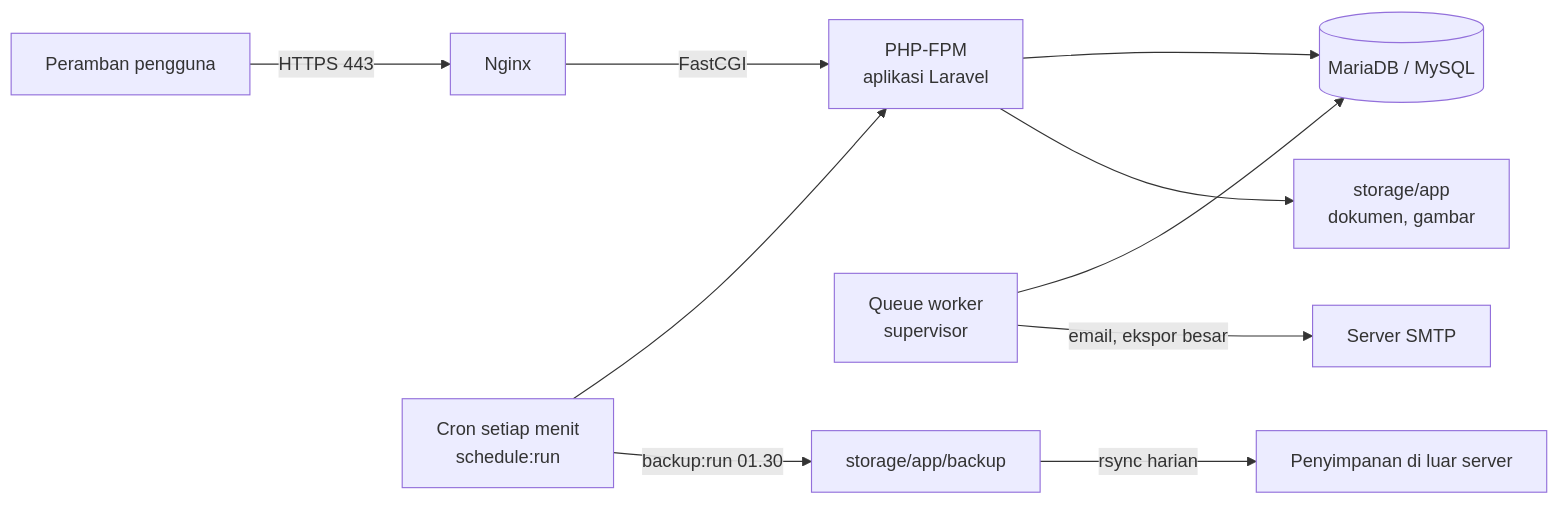
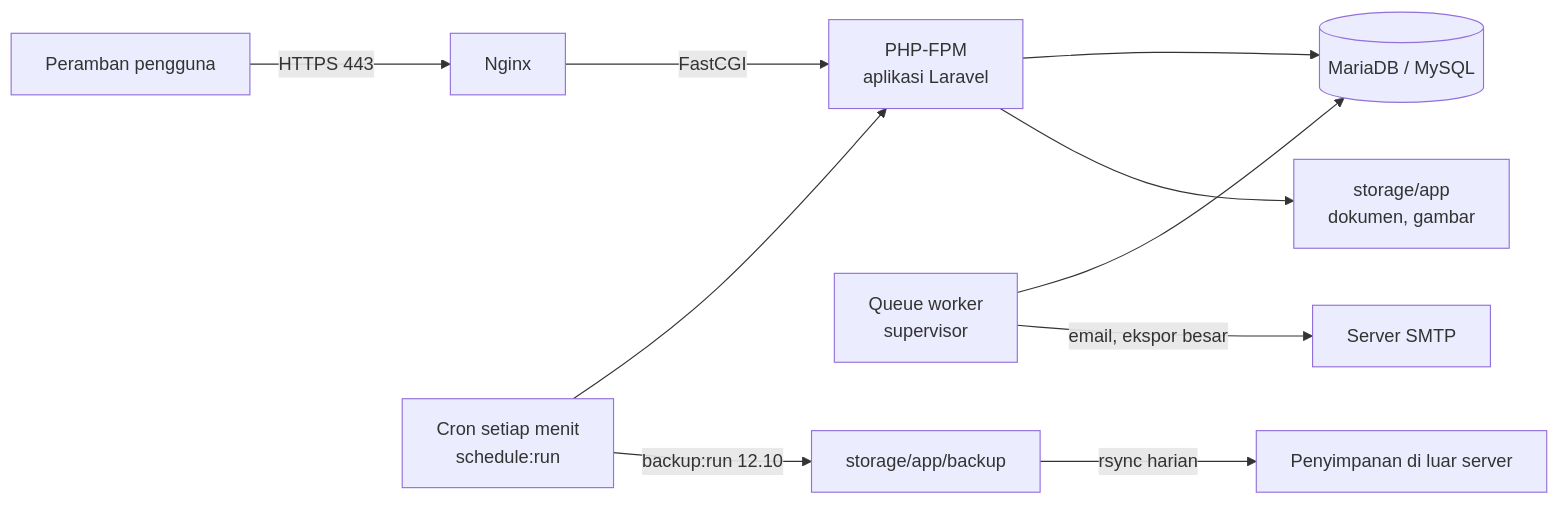
The diagram in DEPLOY.md (Kyzent-Dev/SIMON), drawn with Mermaid before and after one commit. The commit also changed other lines of this file, not shown here.

````diff
--- a/DEPLOY.md
+++ b/DEPLOY.md
@@ -24,12 +24,12 @@
 ```mermaid
 flowchart LR
     U[Peramban pengguna] -->|HTTPS 443| N[Nginx]
     N -->|FastCGI| P[PHP-FPM<br/>aplikasi Laravel]
     P --> D[(MariaDB / MySQL)]
     P --> S[storage/app<br/>dokumen, gambar]
     C[Cron setiap menit<br/>schedule:run] --> P
     W[Queue worker<br/>supervisor] --> D
     W -->|email, ekspor besar| M[Server SMTP]
-    C -->|backup:run 01.30| B[storage/app/backup]
+    C -->|backup:run 12.10| B[storage/app/backup]
     B -->|rsync harian| O[Penyimpanan di luar server]
 ```
````
